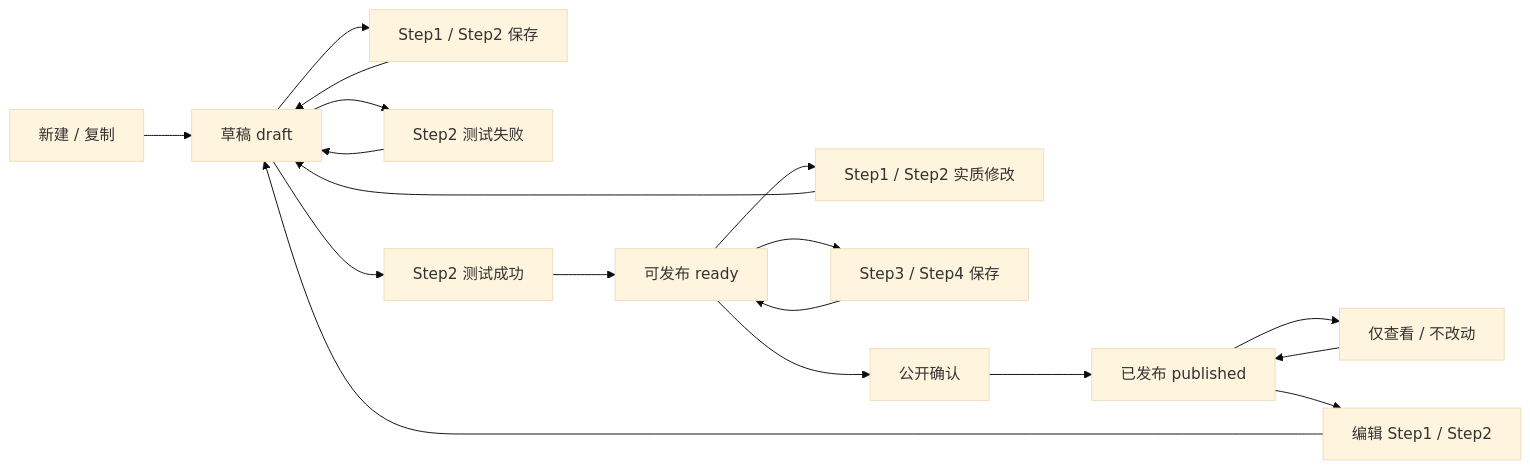
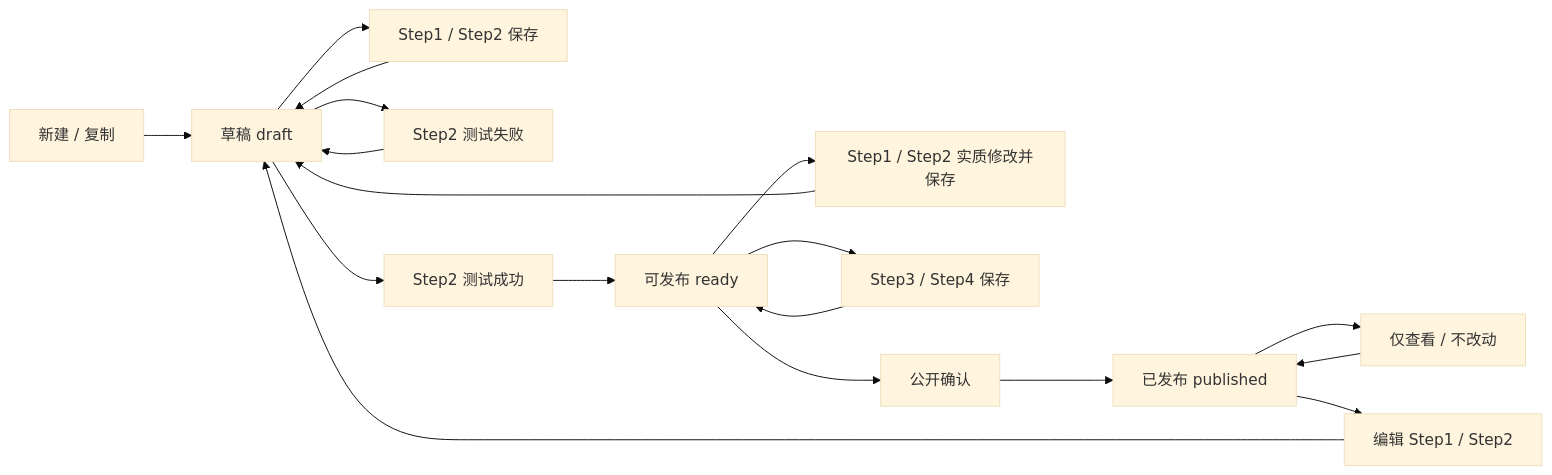
One commit to aruirage/IDP-workflow changed the first of 4 diagrams in prototypes/kisoku-nintei/PRD.zh-CN.md. Above: the diagram before and after it, drawn with Mermaid (base theme). The commit also changed other lines of this file and 6 other files, not shown here.

````diff
--- a/prototypes/kisoku-nintei/PRD.zh-CN.md
+++ b/prototypes/kisoku-nintei/PRD.zh-CN.md
@@ -91,20 +77,20 @@
 ```mermaid
 flowchart LR
   newScene["新建 / 复制"] --> draft["草稿 draft"]
   draft --> save12["Step1 / Step2 保存"]
   save12 --> draft
   draft --> testFail["Step2 测试失败"]
   testFail --> draft
   draft --> testPass["Step2 测试成功"]
   testPass --> ready["可发布 ready"]
-  ready --> edit12["Step1 / Step2 实质修改"]
+  ready --> edit12["Step1 / Step2 实质修改并保存"]
   edit12 --> draft
   ready --> save34["Step3 / Step4 保存"]
   save34 --> ready
   ready --> publish["公开确认"]
   publish --> published["已发布 published"]
   published --> viewOnly["仅查看 / 不改动"]
   viewOnly --> published
   published --> editPublished["编辑 Step1 / Step2"]
   editPublished --> draft
 ```
````
